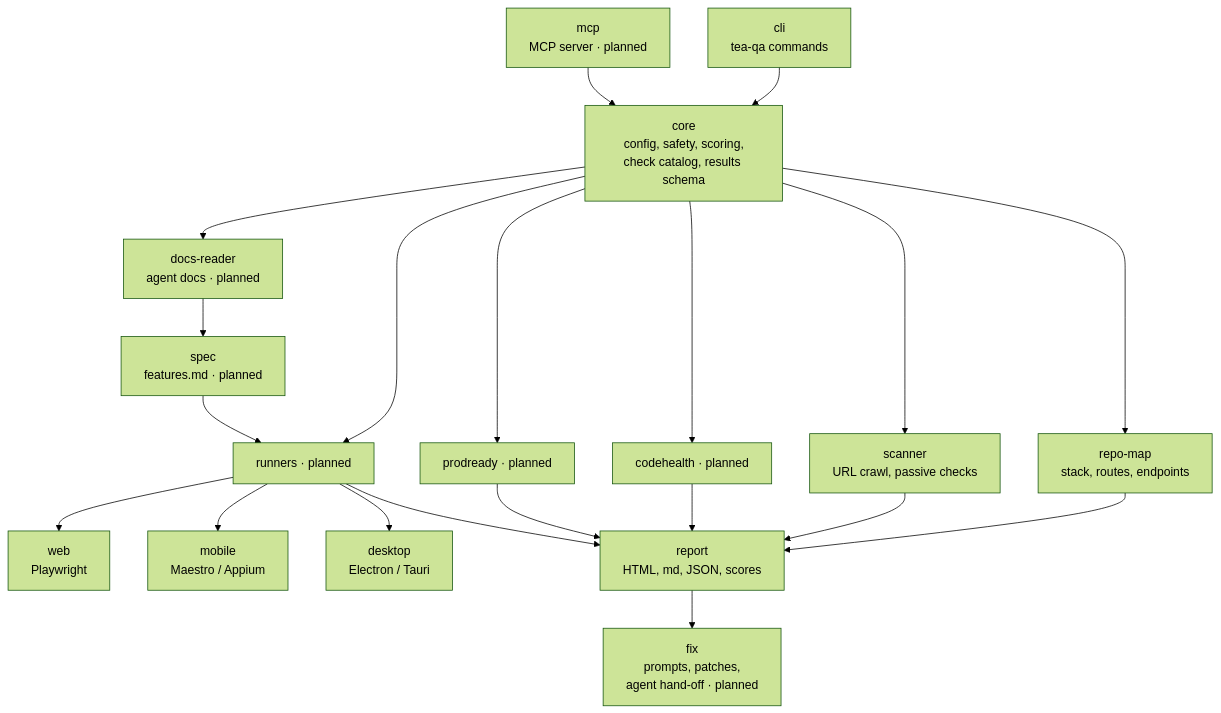
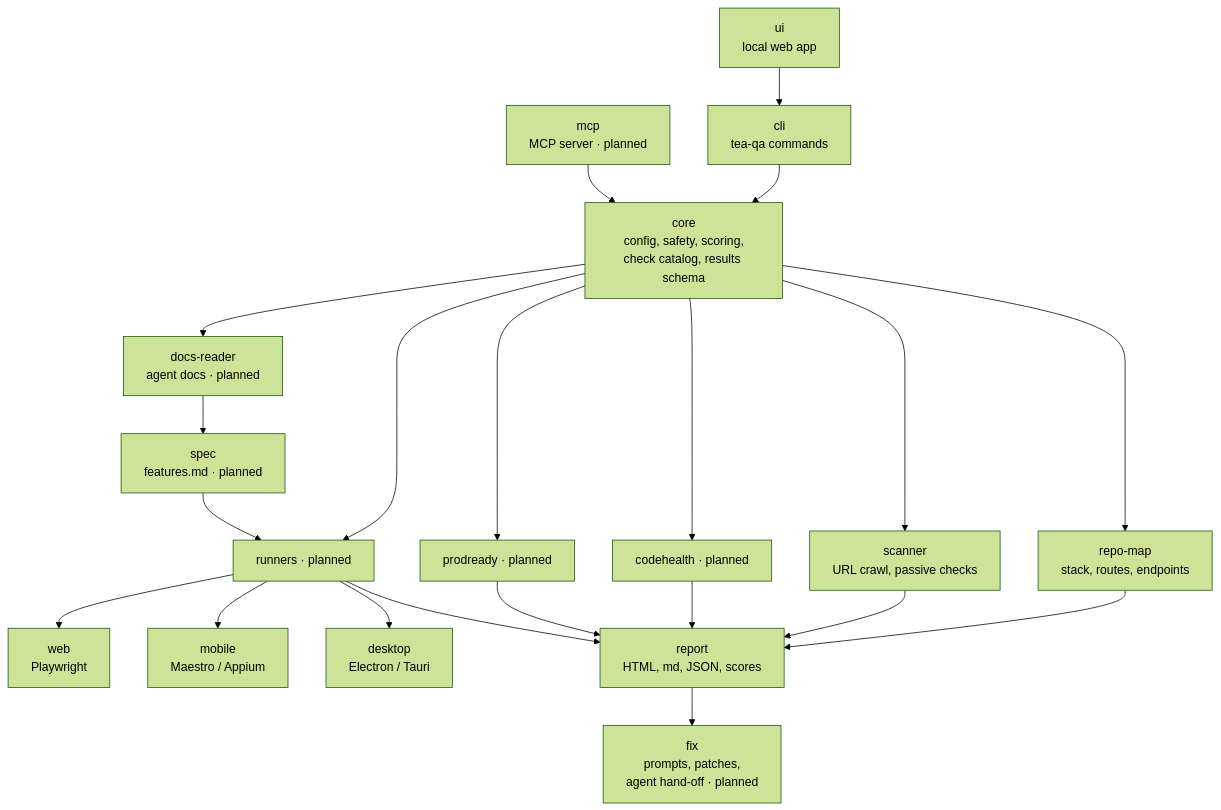
One commit to deepbratt/TEA changed the fourth of 9 diagrams in README.md. Above: the diagram before and after it, drawn with Mermaid (forest theme). The commit also changed other lines of this file and 117 other files, not shown here.

First line of the commit message:
Single codebase and a local web UI

````diff
--- a/README.md
+++ b/README.md
@@ -153,22 +178,23 @@
 ```mermaid
 flowchart TB
+    UI[ui<br/>local web app] --> CLI
     CLI[cli<br/>tea-qa commands] --> CORE[core<br/>config, safety, scoring,<br/>check catalog, results schema]
     MCP[mcp<br/>MCP server · planned] --> CORE
     CORE --> MAP[repo-map<br/>stack, routes, endpoints]
     CORE --> SCAN[scanner<br/>URL crawl, passive checks]
     CORE --> DOCS[docs-reader<br/>agent docs · planned]
     DOCS --> SPEC[spec<br/>features.md · planned]
     CORE --> CH[codehealth · planned]
     CORE --> PR[prodready · planned]
     CORE --> RUN[runners · planned]
     RUN --> RW[web<br/>Playwright]
     RUN --> RM[mobile<br/>Maestro / Appium]
     RUN --> RD[desktop<br/>Electron / Tauri]
     SPEC --> RUN
     MAP --> REP[report<br/>HTML, md, JSON, scores]
     SCAN --> REP
     CH --> REP
     PR --> REP
     RUN --> REP
     REP --> FIX[fix<br/>prompts, patches,<br/>agent hand-off · planned]
 ```
````
